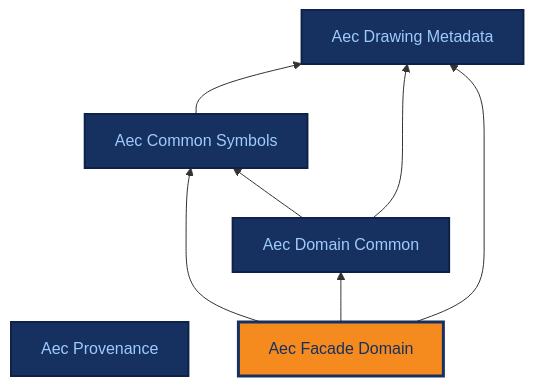
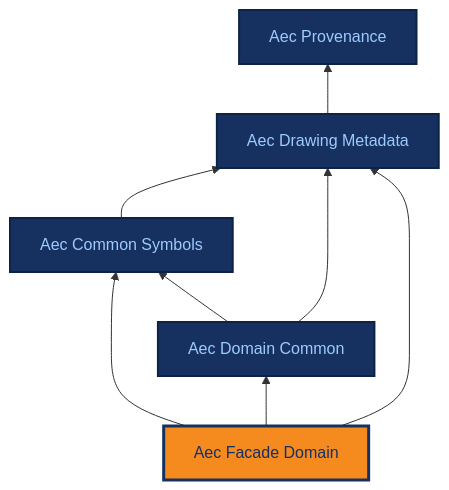
One commit to BuroHappoldMachineLearning/ADIRO changed the diagram in docs/ontologies/aec_facade_domain.md. Above: the diagram before and after it, drawn with Mermaid. The commit also changed 14 other files, not shown here.

````diff
--- a/docs/ontologies/aec_facade_domain.md
+++ b/docs/ontologies/aec_facade_domain.md
@@ -17,24 +17,25 @@
 ```mermaid
 %%{init: {"themeCSS": ".base .nodeLabel,.base .nodeLabel p,.base text,.base tspan{fill:#9ecbff !important;color:#9ecbff !important}.current .nodeLabel,.current .nodeLabel p,.current text,.current tspan{fill:#16305f !important;color:#16305f !important}"} }%%
 graph BT
     aec_provenance["Aec Provenance"]
     aec_drawing_metadata["Aec Drawing Metadata"]
     aec_common_symbols["Aec Common Symbols"]
     aec_domain_common["Aec Domain Common"]
     aec_facade_domain["Aec Facade Domain"]
+    aec_drawing_metadata --> aec_provenance
     aec_common_symbols --> aec_drawing_metadata
     aec_domain_common --> aec_common_symbols
     aec_domain_common --> aec_drawing_metadata
     aec_facade_domain --> aec_common_symbols
     aec_facade_domain --> aec_domain_common
     aec_facade_domain --> aec_drawing_metadata
     click aec_provenance "../aec_provenance/" "Aec Provenance reference page"
     click aec_drawing_metadata "../aec_drawing_metadata/" "Aec Drawing Metadata reference page"
     click aec_common_symbols "../aec_common_symbols/" "Aec Common Symbols reference page"
     click aec_domain_common "../aec_domain_common/" "Aec Domain Common reference page"
     click aec_facade_domain "../aec_facade_domain/" "Aec Facade Domain reference page"
     classDef base fill:#16305f,stroke:#0e2247,stroke-width:2px,color:#9ecbff;
     class aec_provenance,aec_drawing_metadata,aec_common_symbols,aec_domain_common base;
     classDef current fill:#f58a1f,stroke:#16305f,stroke-width:3px,color:#16305f;
     class aec_facade_domain current;
 ```
````
